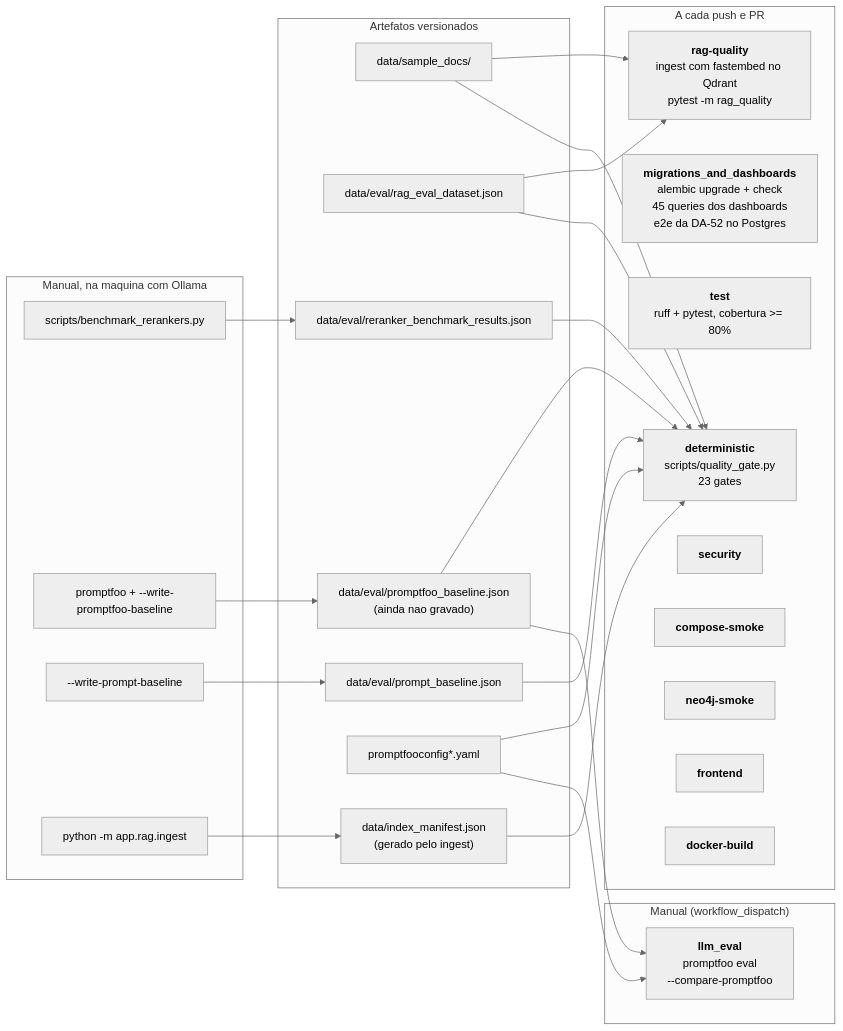
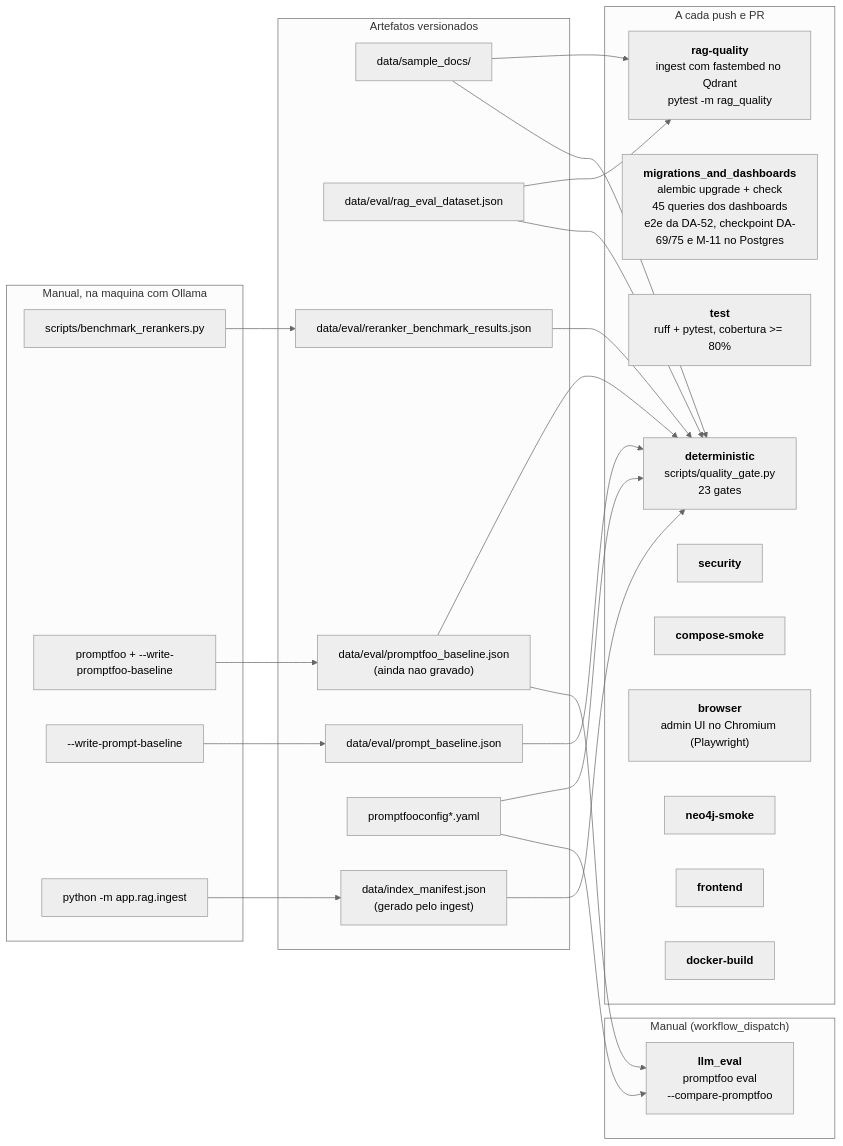
The diagram in docs/QUALITY_GATES.md (marcos-slima/integration-incident-copilot), drawn with Mermaid (neutral theme) before and after one commit. The commit also changed 51 other files, not shown here.

````diff
--- a/docs/QUALITY_GATES.md
+++ b/docs/QUALITY_GATES.md
@@ -62,51 +62,52 @@
 ```mermaid
 flowchart LR
     subgraph artefatos["Artefatos versionados"]
         docs["data/sample_docs/"]
         ds["data/eval/rag_eval_dataset.json"]
         rb["data/eval/reranker_benchmark_results.json"]
         pb["data/eval/prompt_baseline.json"]
         fb["data/eval/promptfoo_baseline.json<br/>(ainda nao gravado)"]
         cfg["promptfooconfig*.yaml"]
         mf["data/index_manifest.json<br/>(gerado pelo ingest)"]
     end
 
     subgraph pr["A cada push e PR"]
         det["<b>deterministic</b><br/>scripts/quality_gate.py<br/>23 gates"]
-        mig["<b>migrations_and_dashboards</b><br/>alembic upgrade + check<br/>45 queries dos dashboards<br/>e2e da DA-52 no Postgres"]
+        mig["<b>migrations_and_dashboards</b><br/>alembic upgrade + check<br/>45 queries dos dashboards<br/>e2e da DA-52, checkpoint DA-69/75 e M-11 no Postgres"]
         tst["<b>test</b><br/>ruff + pytest, cobertura >= 80%"]
         rq["<b>rag-quality</b><br/>ingest com fastembed no Qdrant<br/>pytest -m rag_quality"]
         sec["<b>security</b>"]
         cs["<b>compose-smoke</b>"]
+        br["<b>browser</b><br/>admin UI no Chromium (Playwright)"]
         n4["<b>neo4j-smoke</b>"]
         fe["<b>frontend</b>"]
         db["<b>docker-build</b>"]
     end
 
     subgraph agenda["Manual (workflow_dispatch)"]
         llm["<b>llm_eval</b><br/>promptfoo eval<br/>--compare-promptfoo"]
     end
 
     subgraph manual["Manual, na maquina com Ollama"]
         bm["scripts/benchmark_rerankers.py"]
         pf["promptfoo + --write-promptfoo-baseline"]
         pd["--write-prompt-baseline"]
         ing["python -m app.rag.ingest"]
     end
 
     docs --> rq
     ds --> rq
     ds --> det
     docs --> det
     rb --> det
     pb --> det
     cfg --> det
     fb --> det
     mf --> det
     cfg --> llm
     fb --> llm
     bm --> rb
     pf --> fb
     pd --> pb
     ing --> mf
 ```
````
